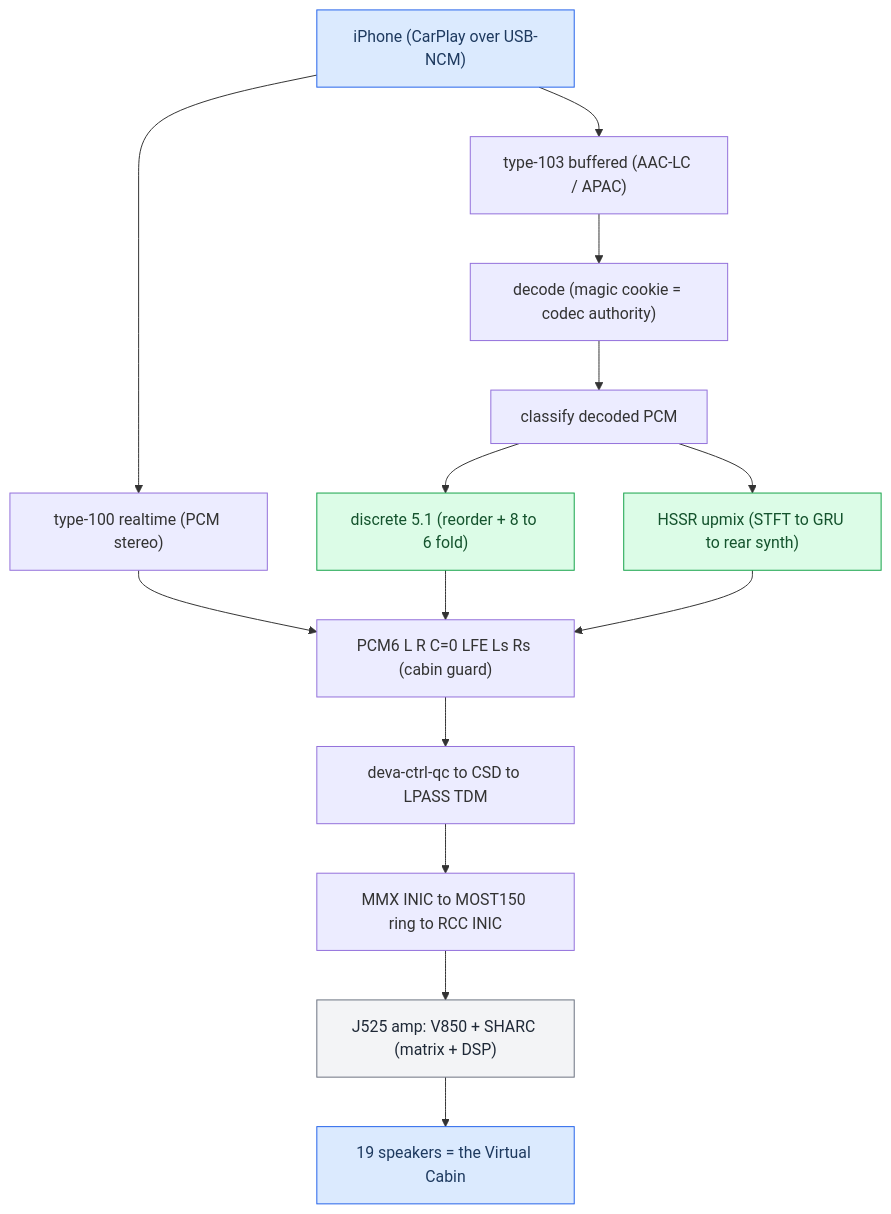
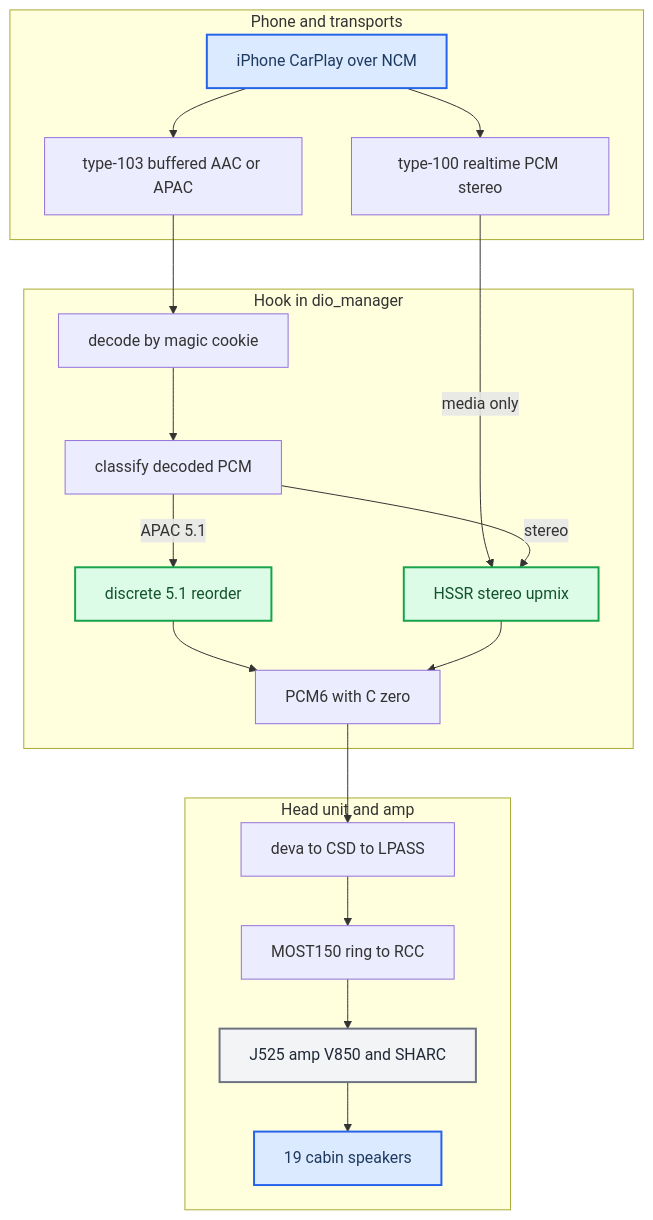
One commit to luka-dev/mib2q-carplay-rgi changed the diagram in docs-obsidian/Audio/Audio MOC.md. Above: the diagram before and after it, drawn with Mermaid. The commit also changed other lines of this file and 43 other files, not shown here.

````diff
--- a/docs-obsidian/Audio/Audio MOC.md
+++ b/docs-obsidian/Audio/Audio MOC.md
@@ -15,30 +17,36 @@
 ```mermaid
 flowchart TB
   accTitle: Stereo to 5.1 CarPlay audio pipeline
-  accDescr: Phone audio through two transports, decode, upmix or discrete, into PCM6, down through deva and MOST to the J525 amp and the speakers.
-  phone["iPhone (CarPlay over USB-NCM)"]
-  t100["type-100 realtime (PCM stereo)"]
-  t103["type-103 buffered (AAC-LC / APAC)"]
-  decode["decode (magic cookie = codec authority)"]
-  classify["classify decoded PCM"]
-  discrete["discrete 5.1 (reorder + 8 to 6 fold)"]
-  hssr["HSSR upmix (STFT to GRU to rear synth)"]
-  pcm6["PCM6 L R C=0 LFE Ls Rs (cabin guard)"]
-  deva["deva-ctrl-qc to CSD to LPASS TDM"]
-  most["MMX INIC to MOST150 ring to RCC INIC"]
-  amp["J525 amp: V850 + SHARC (matrix + DSP)"]
-  spk["19 speakers = the Virtual Cabin"]
-  phone --> t100
-  phone --> t103
-  t100 --> pcm6
-  t103 --> decode --> classify
-  classify --> discrete --> pcm6
-  classify --> hssr --> pcm6
-  pcm6 --> deva --> most --> amp --> spk
-  class phone,spk primary
-  class discrete,hssr success
-  class amp neutral
-  classDef primary fill:#dbeafe,stroke:#2563eb,color:#1e3a5f
-  classDef success fill:#dcfce7,stroke:#16a34a,color:#14532d
-  classDef neutral fill:#f3f4f6,stroke:#6b7280,color:#1f2937
+  accDescr: Two phone transports feed decode or the realtime path, split into discrete 5.1 or the HSSR upmix, converge on PCM6 and travel through deva and MOST to the J525 amp and the speakers.
+  subgraph phone_side["Phone and transports"]
+    iphone["iPhone CarPlay over NCM"]
+    realtime_100["type-100 realtime PCM stereo"]
+    buffered_103["type-103 buffered AAC or APAC"]
+  end
+  subgraph hook_side["Hook in dio_manager"]
+    cookie_decode["decode by magic cookie"]
+    classify_pcm["classify decoded PCM"]
+    discrete_51["discrete 5.1 reorder"]
+    hssr_upmix["HSSR stereo upmix"]
+    pcm6_out["PCM6 with C zero"]
+  end
+  subgraph car_side["Head unit and amp"]
+    deva_csd["deva to CSD to LPASS"]
+    most_ring["MOST150 ring to RCC"]
+    j525_amp["J525 amp V850 and SHARC"]
+    speakers_19["19 cabin speakers"]
+  end
+  iphone --> realtime_100
+  iphone --> buffered_103
+  realtime_100 -->|media only| hssr_upmix
+  buffered_103 --> cookie_decode --> classify_pcm
+  classify_pcm -->|APAC 5.1| discrete_51 --> pcm6_out
+  classify_pcm -->|stereo| hssr_upmix --> pcm6_out
+  pcm6_out --> deva_csd --> most_ring --> j525_amp --> speakers_19
+  classDef primary fill:#dbeafe,stroke:#2563eb,stroke-width:2px,color:#1e3a5f
+  classDef success fill:#dcfce7,stroke:#16a34a,stroke-width:2px,color:#14532d
+  classDef neutral fill:#f3f4f6,stroke:#6b7280,stroke-width:2px,color:#1f2937
+  class iphone,speakers_19 primary
+  class discrete_51,hssr_upmix success
+  class j525_amp neutral
 ```
````
